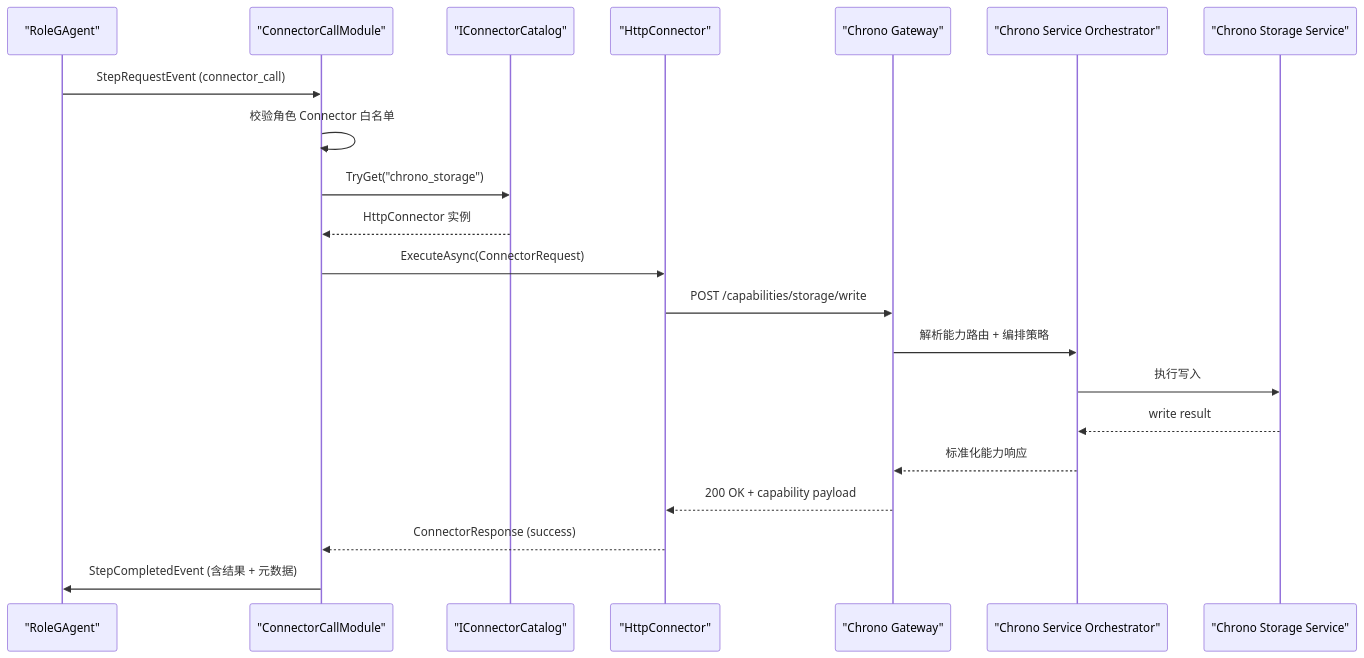
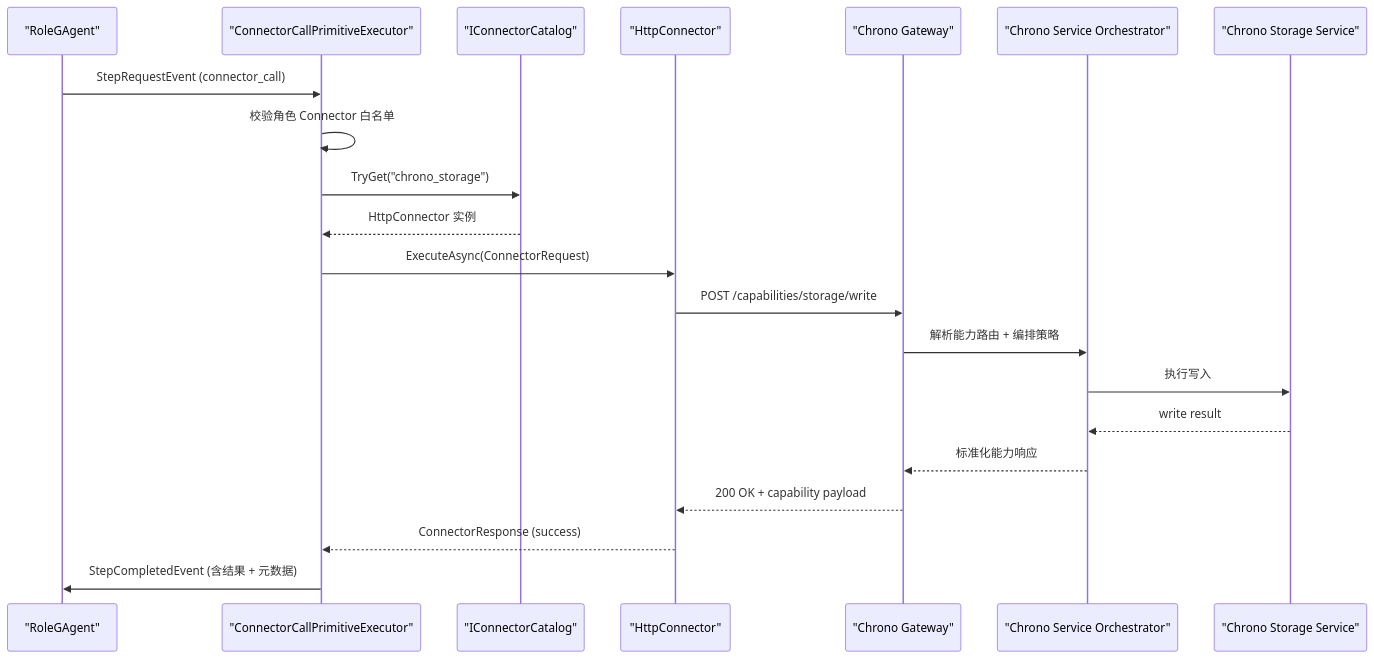
One commit to aevatarAI/aevatar changed the ninth of 19 diagrams in docs/architecture/AEVATAR_MAINNET_ARCHITECTURE.md. Above: the diagram before and after it, drawn with Mermaid. The commit also changed other lines of this file and 167 other files, not shown here.

````diff
--- a/docs/architecture/AEVATAR_MAINNET_ARCHITECTURE.md
+++ b/docs/architecture/AEVATAR_MAINNET_ARCHITECTURE.md
@@ -475,25 +475,25 @@
 ```mermaid
 %%{init: {"maxTextSize": 100000, "sequence": {"useMaxWidth": false}, "themeVariables": {"fontSize": "10px"}}}%%
 sequenceDiagram
     participant Agent as "RoleGAgent"
-    participant Module as "ConnectorCallModule"
+    participant Module as "ConnectorCallPrimitiveExecutor"
     participant Registry as "IConnectorCatalog"
     participant HTTP as "HttpConnector"
     participant Chrono as "Chrono Gateway"
     participant Orchestrator as "Chrono Service Orchestrator"
     participant Storage as "Chrono Storage Service"
 
     Agent->>Module: StepRequestEvent (connector_call)
     Module->>Module: 校验角色 Connector 白名单
     Module->>Registry: TryGet("chrono_storage")
     Registry-->>Module: HttpConnector 实例
     Module->>HTTP: ExecuteAsync(ConnectorRequest)
     HTTP->>Chrono: POST /capabilities/storage/write
     Chrono->>Orchestrator: 解析能力路由 + 编排策略
     Orchestrator->>Storage: 执行写入
     Storage-->>Orchestrator: write result
     Orchestrator-->>Chrono: 标准化能力响应
     Chrono-->>HTTP: 200 OK + capability payload
     HTTP-->>Module: ConnectorResponse (success)
     Module->>Agent: StepCompletedEvent (含结果 + 元数据)
 ```
````
